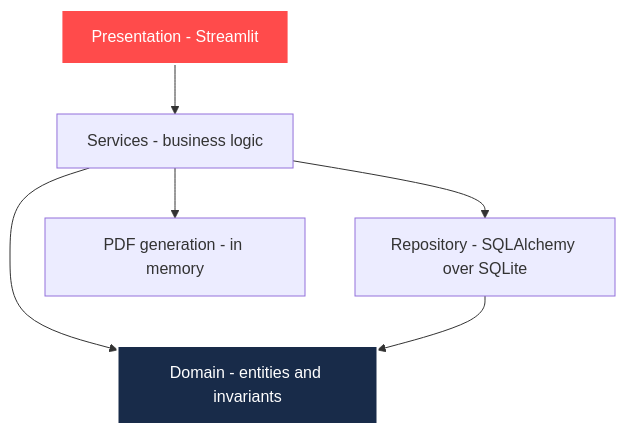
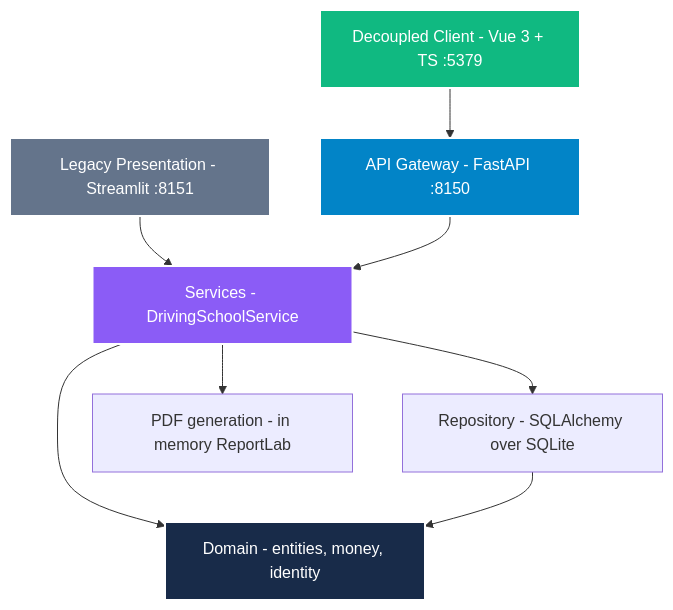
One commit to Nain9Dev/NainDrive changed the diagram in docs/20-architecture.md. Above: the diagram before and after it, drawn with Mermaid. The commit also changed other lines of this file and 39 other files, not shown here.

First line of the commit message:
feat: decouple architecture with application service, fastapi gateway and vue client

````diff
--- a/docs/20-architecture.md
+++ b/docs/20-architecture.md
@@ -10,11 +10,16 @@
 ```mermaid
 graph TD
-    UI[Presentation - Streamlit] --> SVC[Services - business logic]
-    SVC --> DOM[Domain - entities and invariants]
+    CLIENT[Decoupled Client - Vue 3 + TS :5379] --> API[API Gateway - FastAPI :8150]
+    UI[Legacy Presentation - Streamlit :8151] --> SVC[Services - DrivingSchoolService]
+    API --> SVC
+    SVC --> DOM[Domain - entities, money, identity]
     SVC --> REPO[Repository - SQLAlchemy over SQLite]
     REPO --> DOM
-    SVC --> PDF[PDF generation - in memory]
+    SVC --> PDF[PDF generation - in memory ReportLab]
 
     style DOM fill:#182B49,stroke:#fff,stroke-width:2px,color:#fff
-    style UI fill:#FF4B4B,stroke:#fff,stroke-width:2px,color:#fff
+    style CLIENT fill:#10B981,stroke:#fff,stroke-width:2px,color:#fff
+    style API fill:#0284C7,stroke:#fff,stroke-width:2px,color:#fff
+    style UI fill:#64748B,stroke:#fff,stroke-width:2px,color:#fff
+    style SVC fill:#8B5CF6,stroke:#fff,stroke-width:2px,color:#fff
 ```
````
